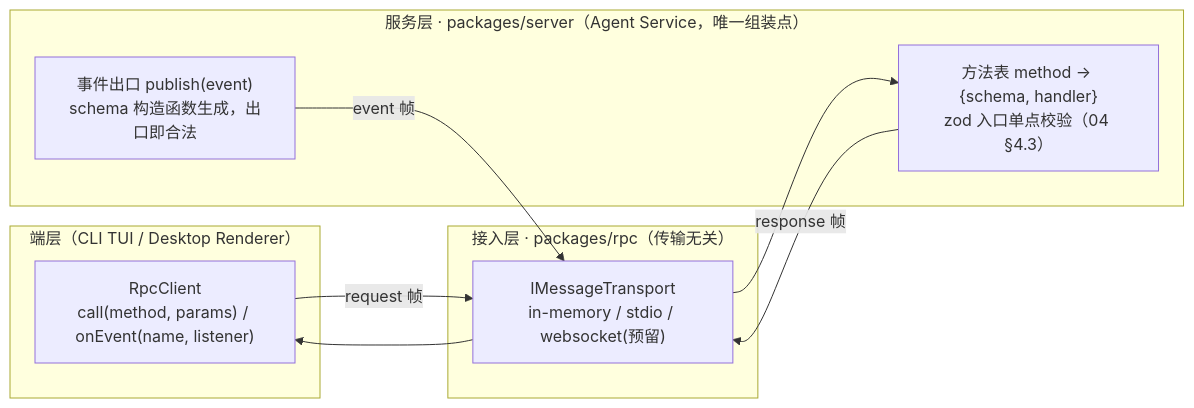
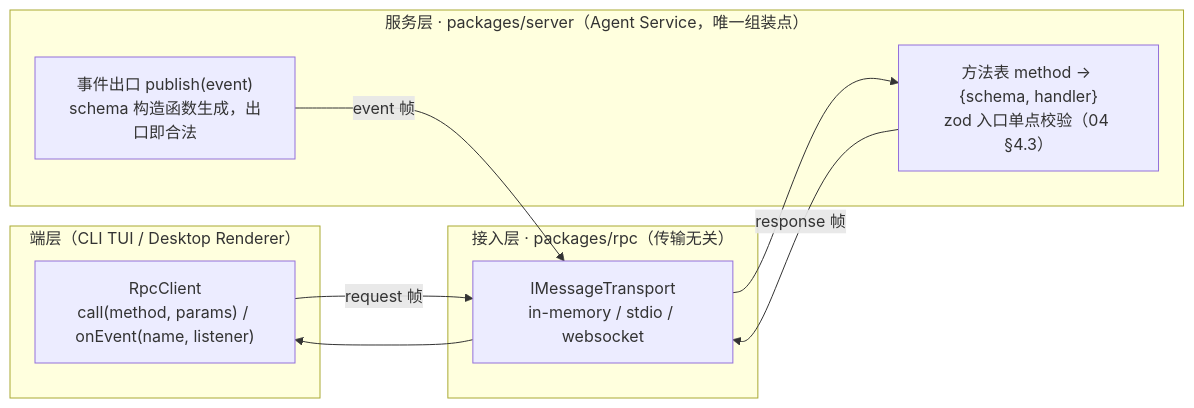
One commit to Rainmemery/RainCode changed the first of 3 diagrams in docs/06-api-spec.md. Above: the diagram before and after it, drawn with Mermaid. The commit also changed other lines of this file and 50 other files, not shown here.

````diff
--- a/docs/06-api-spec.md
+++ b/docs/06-api-spec.md
@@ -23,18 +23,18 @@
 ```mermaid
 flowchart LR
     subgraph END["端层（CLI TUI / Desktop Renderer）"]
         RC["RpcClient<br/>call(method, params) / onEvent(name, listener)"]
     end
     subgraph RPCL["接入层 · packages/rpc（传输无关）"]
-        TR["IMessageTransport<br/>in-memory / stdio / websocket(预留)"]
+        TR["IMessageTransport<br/>in-memory / stdio / websocket"]
     end
     subgraph SRV["服务层 · packages/server（Agent Service，唯一组装点）"]
         MT["方法表 method → {schema, handler}<br/>zod 入口单点校验（04 §4.3）"]
         EV["事件出口 publish(event)<br/>schema 构造函数生成，出口即合法"]
     end
     RC -- "request 帧" --> TR
     TR --> MT
     MT -- "response 帧" --> TR
     EV -- "event 帧" --> TR
     TR --> RC
 ```
````
